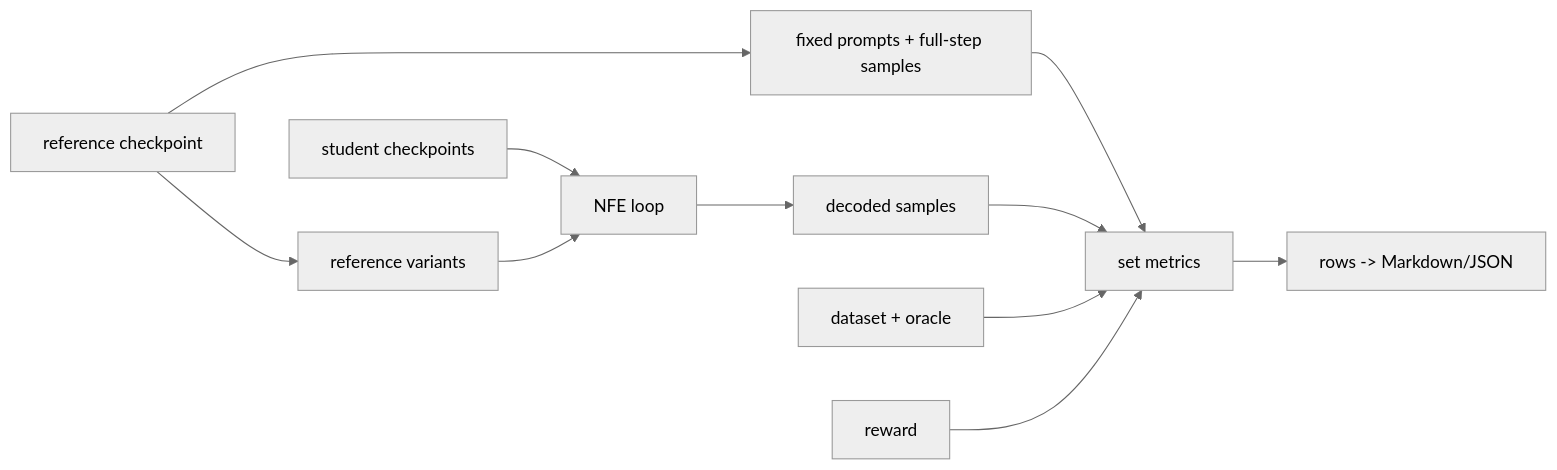
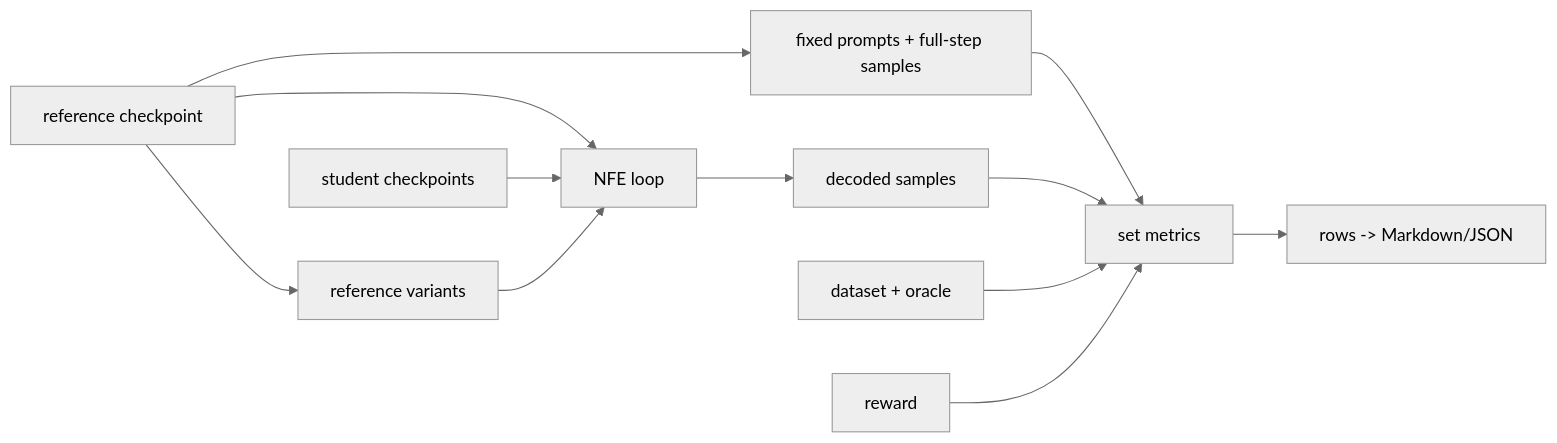
Before and after one commit to OnePunchMonk/omnidiff: the fourth of 4 diagrams in docs/ARCHITECTURE.md, drawn with Mermaid (neutral theme). The commit also changed other lines of this file, not shown here.

Commit message:
docs: architecture review fixes

````diff
--- a/docs/ARCHITECTURE.md
+++ b/docs/ARCHITECTURE.md
@@ -185,13 +205,14 @@
 ```mermaid
 flowchart LR
   C[reference checkpoint] --> F[fixed prompts + full-step samples]
   C --> V[reference variants]
+  C --> N[NFE loop]
   K[student checkpoints] --> N[NFE loop]
   V --> N
   N --> S[decoded samples]
   F --> M[set metrics]
   S --> M
   D[dataset + oracle] --> M
   R[reward] --> M
   M --> O[rows -> Markdown/JSON]
 ```
````
